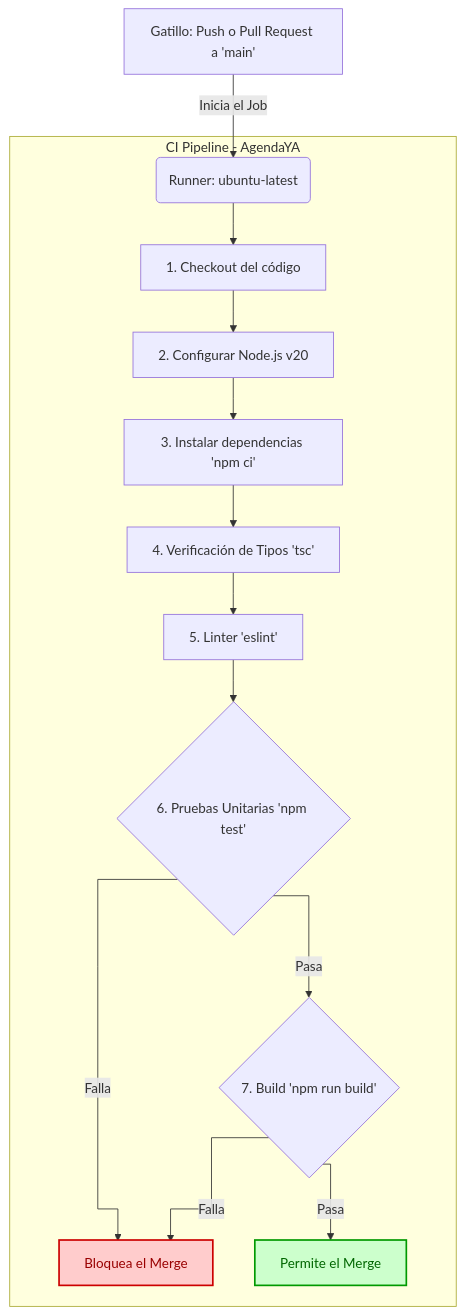
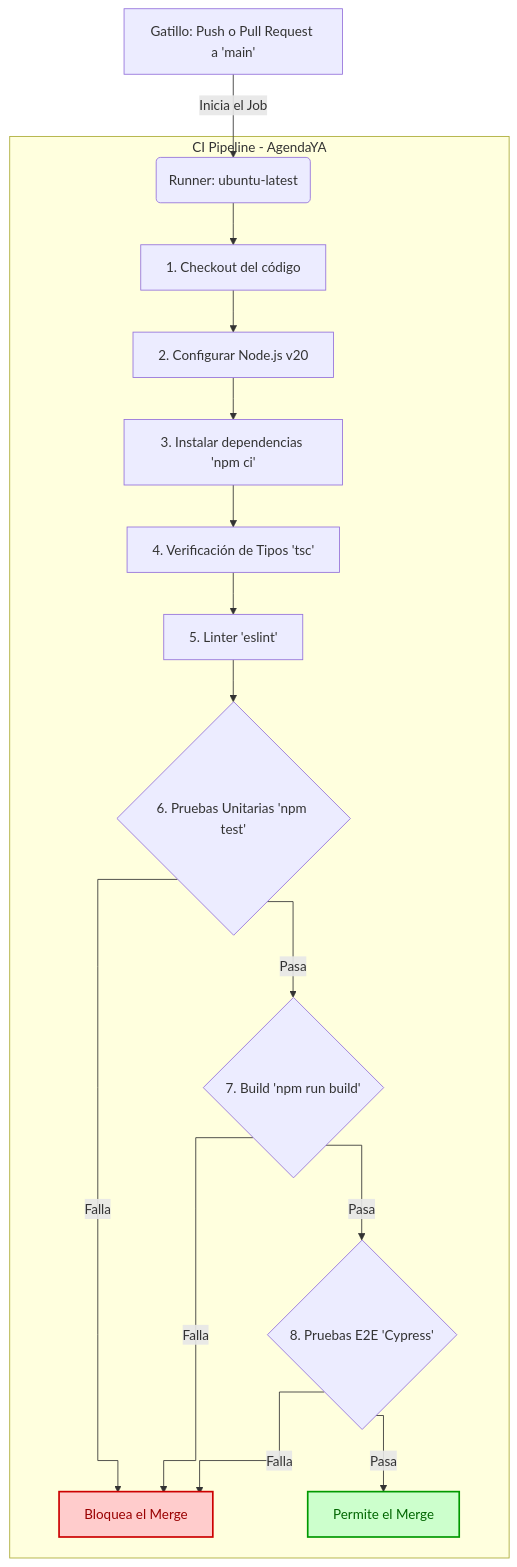
The diagram in README.md (LuisFerre1ra/agenda-ya), drawn with Mermaid before and after one commit. The commit also changed 1 other file, not shown here.

Commit message:
Añadido Cypress a CI/CD

````diff
--- a/README.md
+++ b/README.md
@@ -149,23 +149,26 @@
 ```mermaid
 %%{init: {'flowchart': {'curve': 'stepAfter'}}}%%
 flowchart TD
     A[Gatillo: Push o Pull Request a 'main'] -->|Inicia el Job| B(Runner: ubuntu-latest)
     
     subgraph Pipeline de CI [CI Pipeline - AgendaYA]
         B --> C[1. Checkout del código]
         C --> D[2. Configurar Node.js v20]
         D --> E[3. Instalar dependencias 'npm ci']
         E --> F[4. Verificación de Tipos 'tsc']
         F --> G[5. Linter 'eslint']
         G --> H{6. Pruebas Unitarias 'npm test'}
         
         H -->|Falla| ERROR[Bloquea el Merge]
         H -->|Pasa| I{7. Build 'npm run build'}
         
         I -->|Falla| ERROR
-        I -->|Pasa| SUCCESS[Permite el Merge]
+        I -->|Pasa| J{8. Pruebas E2E 'Cypress'}
+        
+        J -->|Falla| ERROR
+        J -->|Pasa| SUCCESS[Permite el Merge]
 
         style ERROR fill:#ffcccc,stroke:#cc0000,stroke-width:2px,color:#900
         style SUCCESS fill:#ccffcc,stroke:#009900,stroke-width:2px,color:#060
     end
 ```
````
